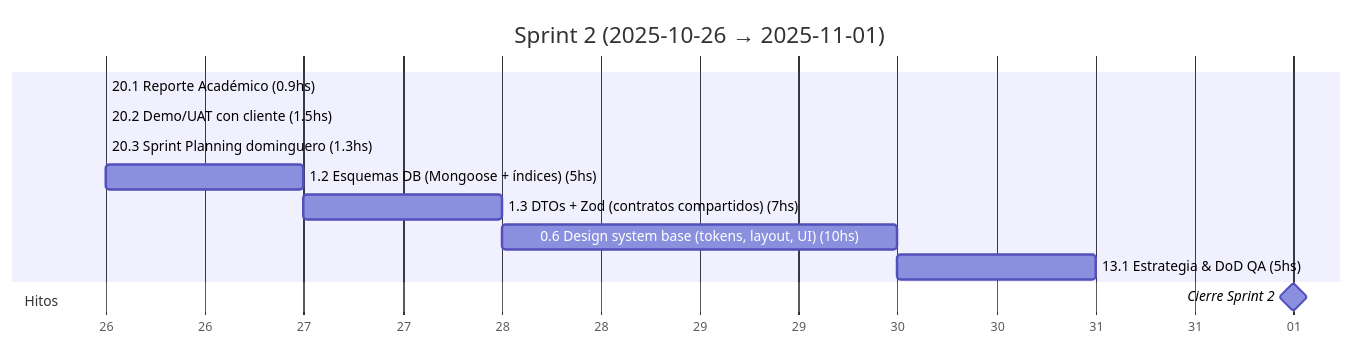
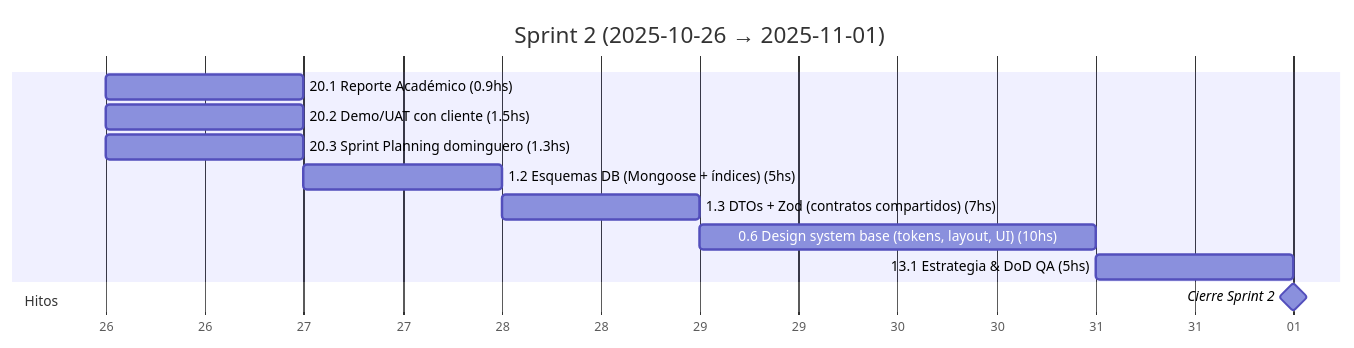
One commit to MarkMed/FleetMan changed the third of 18 diagrams in docs/SprintsGantts.md. Above: the diagram before and after it, drawn with Mermaid.

Commit message:
Update task durations in Sprint #2 Gantt chart for accuracy

````diff
--- a/docs/SprintsGantts.md
+++ b/docs/SprintsGantts.md
@@ -81,19 +81,19 @@
 ```mermaid
 gantt
   title Sprint 2 (2025-10-26 → 2025-11-01)
   dateFormat  YYYY-MM-DD
   axisFormat  %d
 
   %% Asumimos 5 h/día. Horas estimadas incluidas en el nombre.
 
-  20.1 Reporte Académico (0.9hs)               :t201, 2025-10-26, 0.2d
-  20.2 Demo/UAT con cliente (1.5hs)            :t202, after t201, 0.3d
-  20.3 Sprint Planning dominguero (1.3hs)      :t203, after t202, 0.3d
+  20.1 Reporte Académico (0.9hs)               :t201, 2025-10-26, 1d
+  20.2 Demo/UAT con cliente (1.5hs)            :t202, 2025-10-26, 1d
+  20.3 Sprint Planning dominguero (1.3hs)      :t203, 2025-10-26, 1d
   1.2 Esquemas DB (Mongoose + índices) (5hs)   :t12, after t203, 1d
   1.3 DTOs + Zod (contratos compartidos) (7hs) :t13, after t12, 1.4d
   0.6 Design system base (tokens, layout, UI) (10hs) :t06, after t13, 2d
   13.1 Estrategia & DoD QA (5hs)               :t131, after t06, 1d
 
   section Hitos
   Cierre Sprint 2                              :milestone, s2, 2025-11-01, 0d
 ```
````
